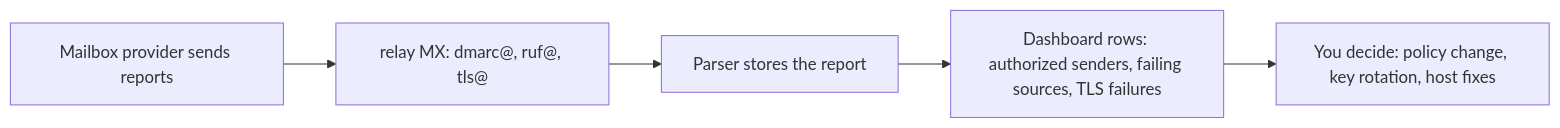
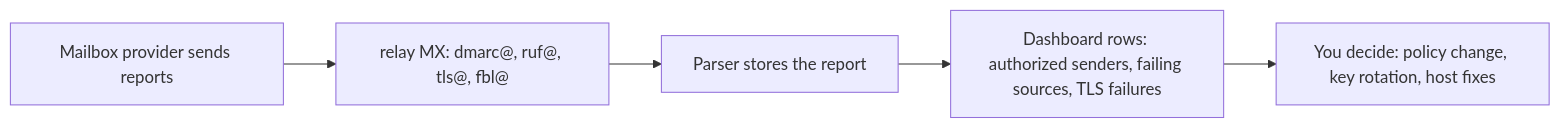
Before and after one commit to codingjoe/relay: the second of 2 diagrams in docs/docs/reputation.md, drawn with Mermaid. The commit also changed other lines of this file and 2 other files, not shown here.

````diff
--- a/docs/docs/reputation.md
+++ b/docs/docs/reputation.md
@@ -88,7 +88,7 @@
 ```mermaid
 flowchart LR
-    A[Mailbox provider sends reports] --> B[relay MX: dmarc@, ruf@, tls@]
+    A[Mailbox provider sends reports] --> B[relay MX: dmarc@, ruf@, tls@, fbl@]
     B --> C[Parser stores the report]
     C --> D[Dashboard rows: authorized senders, failing sources, TLS failures]
     D --> E[You decide: policy change, key rotation, host fixes]
 ```
````
